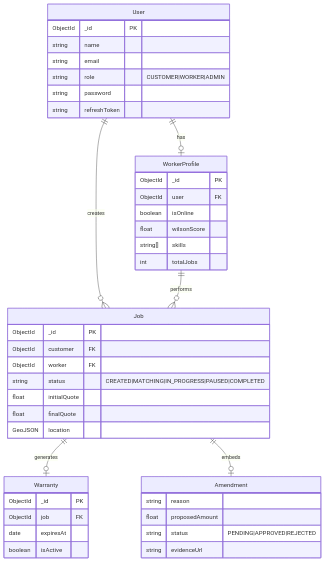
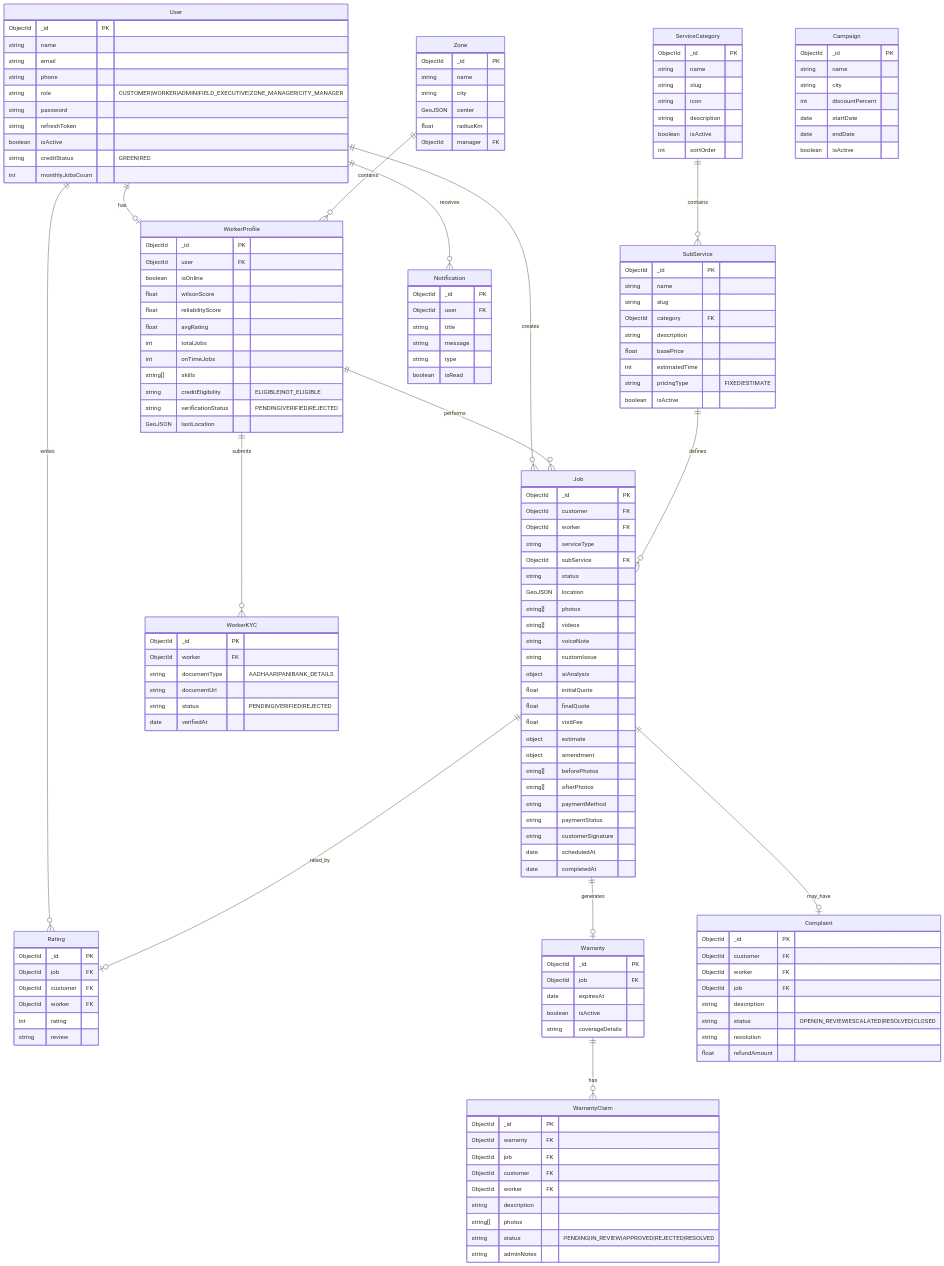
Before and after one commit to Somilg11/oddigo-v2: the first of 3 diagrams in docs_detailed_flows/ER_DIAGRAM.md, drawn with Mermaid. The commit also changed other lines of this file and 105 other files, not shown here.

Commit message:
updated the left frontend and fixed all missing services, added razorpay instead of stripe, updated docs flows as well

````diff
--- a/docs_detailed_flows/ER_DIAGRAM.md
+++ b/docs_detailed_flows/ER_DIAGRAM.md
@@ -12,9 +10,13 @@
         ObjectId _id PK
         string name
         string email
-        string role "CUSTOMER|WORKER|ADMIN"
+        string phone
+        string role "CUSTOMER|WORKER|ADMIN|FIELD_EXECUTIVE|ZONE_MANAGER|CITY_MANAGER"
         string password
         string refreshToken
+        boolean isActive
+        string creditStatus "GREEN|RED"
+        int monthlyJobsCount
     }
 
     WorkerProfile {
@@ -22,38 +24,153 @@
         ObjectId user FK
         boolean isOnline
         float wilsonScore
+        float reliabilityScore
+        float avgRating
+        int totalJobs
+        int onTimeJobs
         string[] skills
-        int totalJobs
+        string creditEligibility "ELIGIBLE|NOT_ELIGIBLE"
+        string verificationStatus "PENDING|VERIFIED|REJECTED"
+        GeoJSON lastLocation
+    }
+
+    ServiceCategory {
+        ObjectId _id PK
+        string name
+        string slug
+        string icon
+        string description
+        boolean isActive
+        int sortOrder
+    }
+
+    SubService {
+        ObjectId _id PK
+        string name
+        string slug
+        ObjectId category FK
+        string description
+        float basePrice
+        int estimatedTime
+        string pricingType "FIXED|ESTIMATE"
+        boolean isActive
     }
 
     Job {
         ObjectId _id PK
         ObjectId customer FK
         ObjectId worker FK
-        string status "CREATED|MATCHING|IN_PROGRESS|PAUSED|COMPLETED"
+        string serviceType
+        ObjectId subService FK
+        string status
+        GeoJSON location
+        string[] photos
+        string[] videos
+        string voiceNote
+        string customIssue
+        object aiAnalysis
         float initialQuote
         float finalQuote
-        GeoJSON location
+        float visitFee
+        object estimate
+        object amendment
+        string[] beforePhotos
+        string[] afterPhotos
+        string paymentMethod
+        string paymentStatus
+        string customerSignature
+        date scheduledAt
+        date completedAt
     }
-    
-    Amendment {
-        string reason
-        float proposedAmount
-        string status "PENDING|APPROVED|REJECTED"
-        string evidenceUrl
+
+    Rating {
+        ObjectId _id PK
+        ObjectId job FK
+        ObjectId customer FK
+        ObjectId worker FK
+        int rating
+        string review
     }
-    
+
     Warranty {
         ObjectId _id PK
         ObjectId job FK
         date expiresAt
         boolean isActive
+        string coverageDetails
     }
 
+    WarrantyClaim {
+        ObjectId _id PK
+        ObjectId warranty FK
+        ObjectId job FK
+        ObjectId customer FK
+        ObjectId worker FK
+        string description
+        string[] photos
+        string status "PENDING|IN_REVIEW|APPROVED|REJECTED|RESOLVED"
+        string adminNotes
+    }
+
+    WorkerKYC {
+        ObjectId _id PK
+        ObjectId worker FK
+        string documentType "AADHAAR|PAN|BANK_DETAILS"
+        string documentUrl
+        string status "PENDING|VERIFIED|REJECTED"
+        date verifiedAt
+    }
+
+    Complaint {
+        ObjectId _id PK
+        ObjectId customer FK
+        ObjectId worker FK
+        ObjectId job FK
+        string description
+        string status "OPEN|IN_REVIEW|ESCALATED|RESOLVED|CLOSED"
+        string resolution
+        float refundAmount
+    }
+
+    Notification {
+        ObjectId _id PK
+        ObjectId user FK
+        string title
+        string message
+        string type
+        boolean isRead
+    }
+
+    Zone {
+        ObjectId _id PK
+        string name
+        string city
+        GeoJSON center
+        float radiusKm
+        ObjectId manager FK
+    }
+
+    Campaign {
+        ObjectId _id PK
+        string name
+        string city
+        int discountPercent
+        date startDate
+        date endDate
+        boolean isActive
+    }
+
+    User ||--o| WorkerProfile : "has"
     User ||--o{ Job : "creates"
-    User ||--o| WorkerProfile : "has"
+    User ||--o{ Rating : "writes"
+    User ||--o{ Notification : "receives"
     WorkerProfile ||--o{ Job : "performs"
-    
+    WorkerProfile ||--o{ WorkerKYC : "submits"
+    ServiceCategory ||--o{ SubService : "contains"
+    SubService ||--o{ Job : "defines"
+    Job ||--o| Rating : "rated_by"
     Job ||--o| Warranty : "generates"
-    Job ||--o| Amendment : "embeds"
+    Job ||--o| Complaint : "may_have"
+    Warranty ||--o{ WarrantyClaim : "has"
+    Zone ||--o{ WorkerProfile : "contains"
 ```
````
